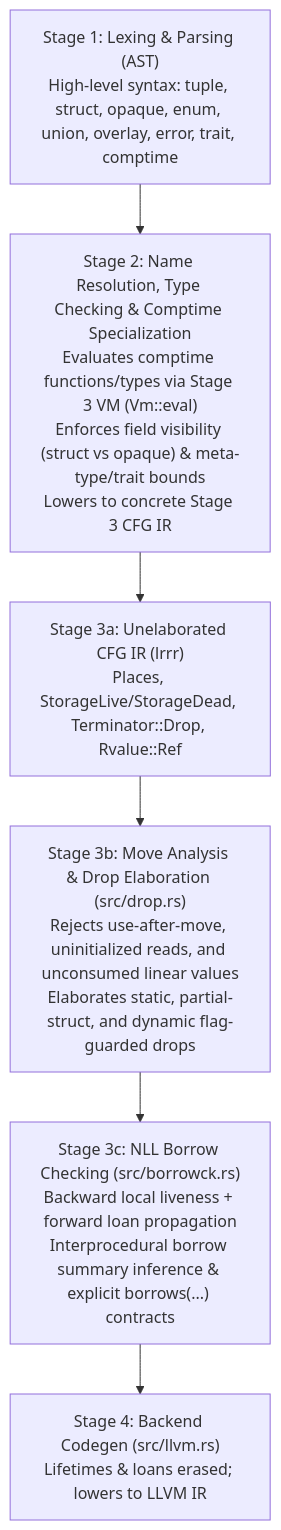
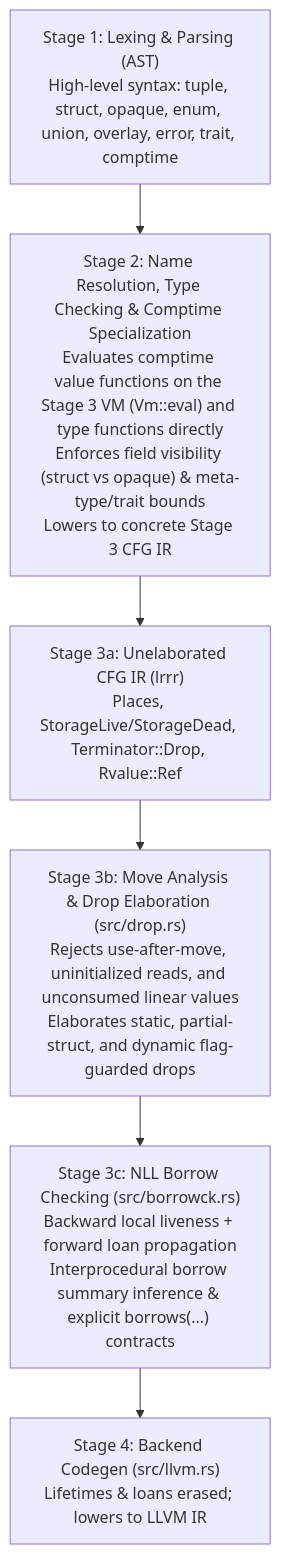
The diagram in DESIGN.md (adam-frisby/SlopLang), drawn with Mermaid before and after one commit. The commit also changed other lines of this file and 16 other files, not shown here.

````diff
--- a/DESIGN.md
+++ b/DESIGN.md
@@ -13,9 +13,9 @@
 ```mermaid
 flowchart TD
     S1["Stage 1: Lexing & Parsing (AST)<br/>High-level syntax: tuple, struct, opaque, enum, union, overlay, error, trait, comptime"] --> S2
-    S2["Stage 2: Name Resolution, Type Checking & Comptime Specialization<br/>Evaluates comptime functions/types via Stage 3 VM (Vm::eval)<br/>Enforces field visibility (struct vs opaque) & meta-type/trait bounds<br/>Lowers to concrete Stage 3 CFG IR"] --> S3A
+    S2["Stage 2: Name Resolution, Type Checking & Comptime Specialization<br/>Evaluates comptime value functions on the Stage 3 VM (Vm::eval) and type functions directly<br/>Enforces field visibility (struct vs opaque) & meta-type/trait bounds<br/>Lowers to concrete Stage 3 CFG IR"] --> S3A
     S3A["Stage 3a: Unelaborated CFG IR (lrrr)<br/>Places, StorageLive/StorageDead, Terminator::Drop, Rvalue::Ref"] --> S3B
     S3B["Stage 3b: Move Analysis & Drop Elaboration (src/drop.rs)<br/>Rejects use-after-move, uninitialized reads, and unconsumed linear values<br/>Elaborates static, partial-struct, and dynamic flag-guarded drops"] --> S3C
     S3C["Stage 3c: NLL Borrow Checking (src/borrowck.rs)<br/>Backward local liveness + forward loan propagation<br/>Interprocedural borrow summary inference & explicit borrows(...) contracts"] --> S4
     S4["Stage 4: Backend Codegen (src/llvm.rs)<br/>Lifetimes & loans erased; lowers to LLVM IR"]
 ```
````
